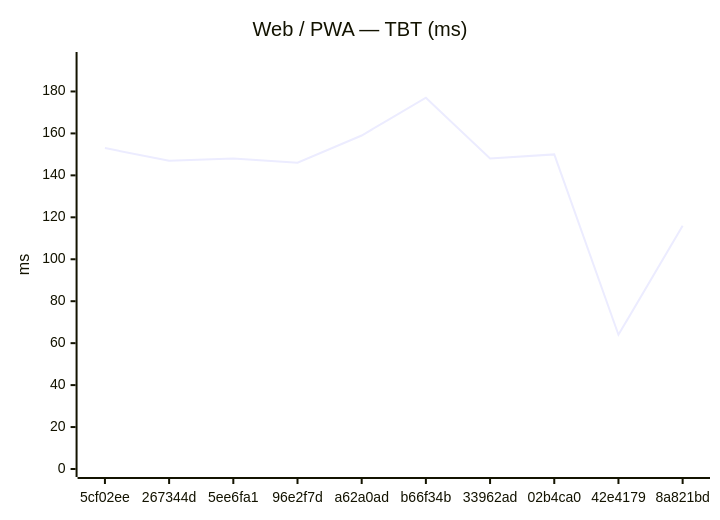
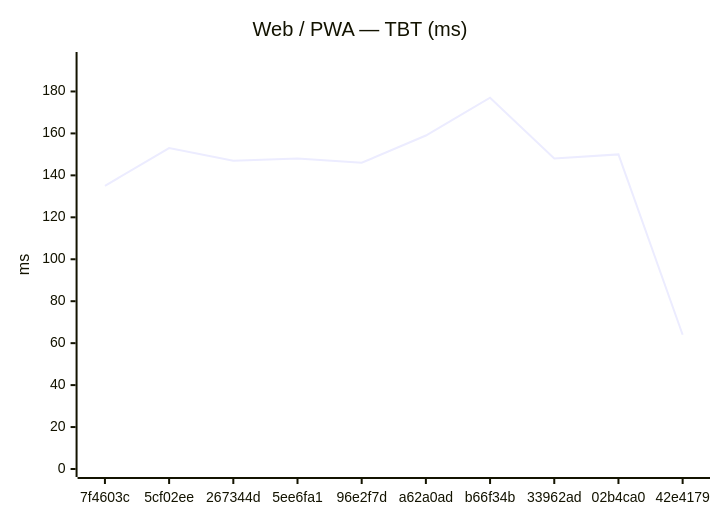
Before and after one commit to Metaheurist/Rianell: the second of 18 diagrams in benchmarks/compare.md, drawn with Mermaid. The commit also changed other lines of this file and 11 other files, not shown here.

````diff
--- a/benchmarks/compare.md
+++ b/benchmarks/compare.md
@@ -31,7 +31,7 @@
 ```mermaid
 xychart-beta
     title "Web / PWA — TBT (ms)"
-    x-axis ["5cf02ee", "267344d", "5ee6fa1", "96e2f7d", "a62a0ad", "b66f34b", "33962ad", "02b4ca0", "42e4179", "8a821bd"]
+    x-axis ["7f4603c", "5cf02ee", "267344d", "5ee6fa1", "96e2f7d", "a62a0ad", "b66f34b", "33962ad", "02b4ca0", "42e4179"]
     y-axis "ms" 0 --> 195
-    line [153, 147, 148, 146, 159, 177, 148, 150, 64, 116]
+    line [135, 153, 147, 148, 146, 159, 177, 148, 150, 64]
 ```
````
